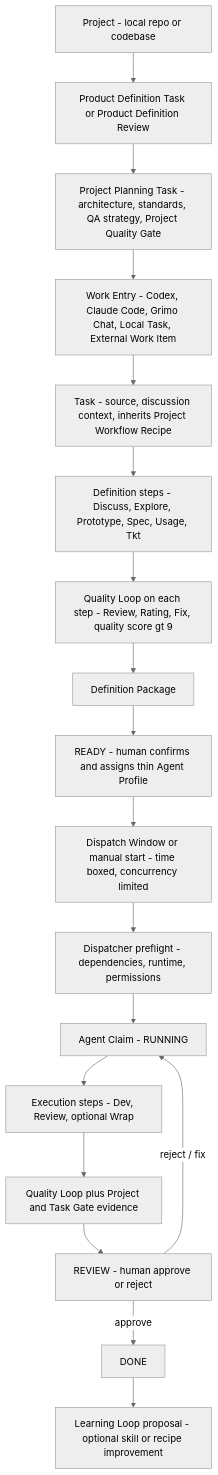
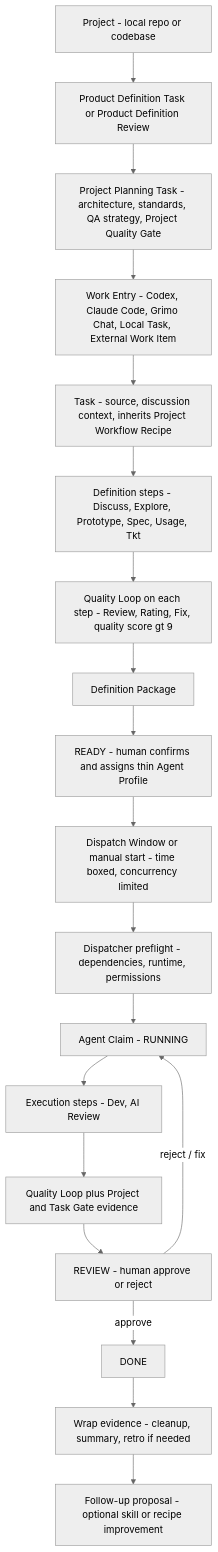
The seventh of 14 diagrams in docs/grimo/PRD.md (samzhu/grimoAPP), drawn with Mermaid (neutral theme) before and after one commit. The commit also changed other lines of this file and 54 other files, not shown here.

````diff
--- a/docs/grimo/PRD.md
+++ b/docs/grimo/PRD.md
@@ -221,20 +227,21 @@
 ```mermaid
 graph TD
   Project["Project - local repo or codebase"] --> Direction["Product Definition Task or Product Definition Review"]
   Direction --> Planning["Project Planning Task - architecture, standards, QA strategy, Project Quality Gate"]
   Planning --> Entry["Work Entry - Codex, Claude Code, Grimo Chat, Local Task, External Work Item"]
   Entry --> Task["Task - source, discussion context, inherits Project Workflow Recipe"]
   Task --> Definition["Definition steps - Discuss, Explore, Prototype, Spec, Usage, Tkt"]
   Definition --> DefQL["Quality Loop on each step - Review, Rating, Fix, quality score gt 9"]
   DefQL --> Package["Definition Package"]
   Package --> Ready["READY - human confirms and assigns thin Agent Profile"]
   Ready --> Dispatch["Dispatch Window or manual start - time boxed, concurrency limited"]
   Dispatch --> Claim["Dispatcher preflight - dependencies, runtime, permissions"]
   Claim --> Running["Agent Claim - RUNNING"]
-  Running --> Execution["Execution steps - Dev, Review, optional Wrap"]
+  Running --> Execution["Execution steps - Dev, AI Review"]
   Execution --> ExecQL["Quality Loop plus Project and Task Gate evidence"]
   ExecQL --> HumanReview["REVIEW - human approve or reject"]
   HumanReview -- "approve" --> Done["DONE"]
   HumanReview -- "reject / fix" --> Running
-  Done --> Learning["Learning Loop proposal - optional skill or recipe improvement"]
+  Done --> WrapEvidence["Wrap evidence - cleanup, summary, retro if needed"]
+  WrapEvidence --> Learning["Follow-up proposal - optional skill or recipe improvement"]
 ```
````
